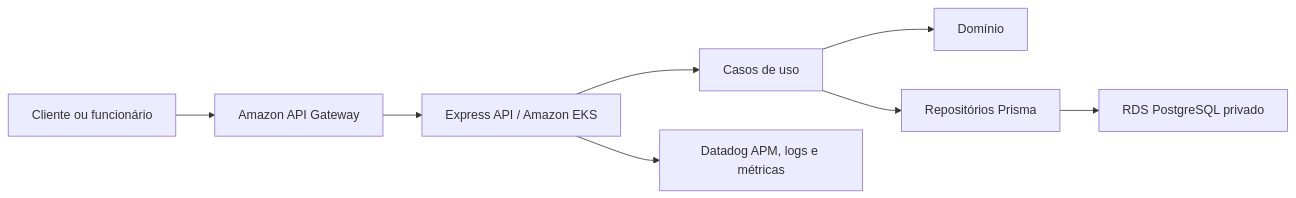
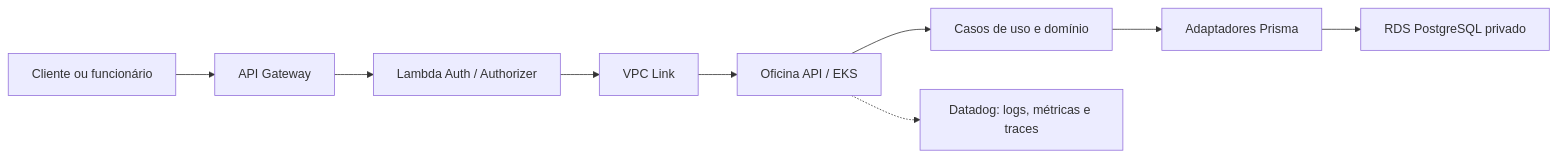
The diagram in README.md (maypinheiro/oficina-api), drawn with Mermaid before and after one commit. The commit also changed other lines of this file and 7 other files, not shown here.

````diff
--- a/README.md
+++ b/README.md
@@ -7,10 +17,11 @@
 ```mermaid
 flowchart LR
-  Client["Cliente ou funcionário"] --> Gateway["Amazon API Gateway"]
-  Gateway --> API["Express API / Amazon EKS"]
-  API --> UseCases["Casos de uso"]
-  UseCases --> Domain["Domínio"]
-  UseCases --> Prisma["Repositórios Prisma"]
+  User["Cliente ou funcionário"] --> GW["API Gateway"]
+  GW --> Auth["Lambda Auth / Authorizer"]
+  Auth --> Link["VPC Link"]
+  Link --> API["Oficina API / EKS"]
+  API --> Domain["Casos de uso e domínio"]
+  Domain --> Prisma["Adaptadores Prisma"]
   Prisma --> RDS["RDS PostgreSQL privado"]
-  API --> DD["Datadog APM, logs e métricas"]
+  API -.-> DD["Datadog: logs, métricas e traces"]
 ```
````
